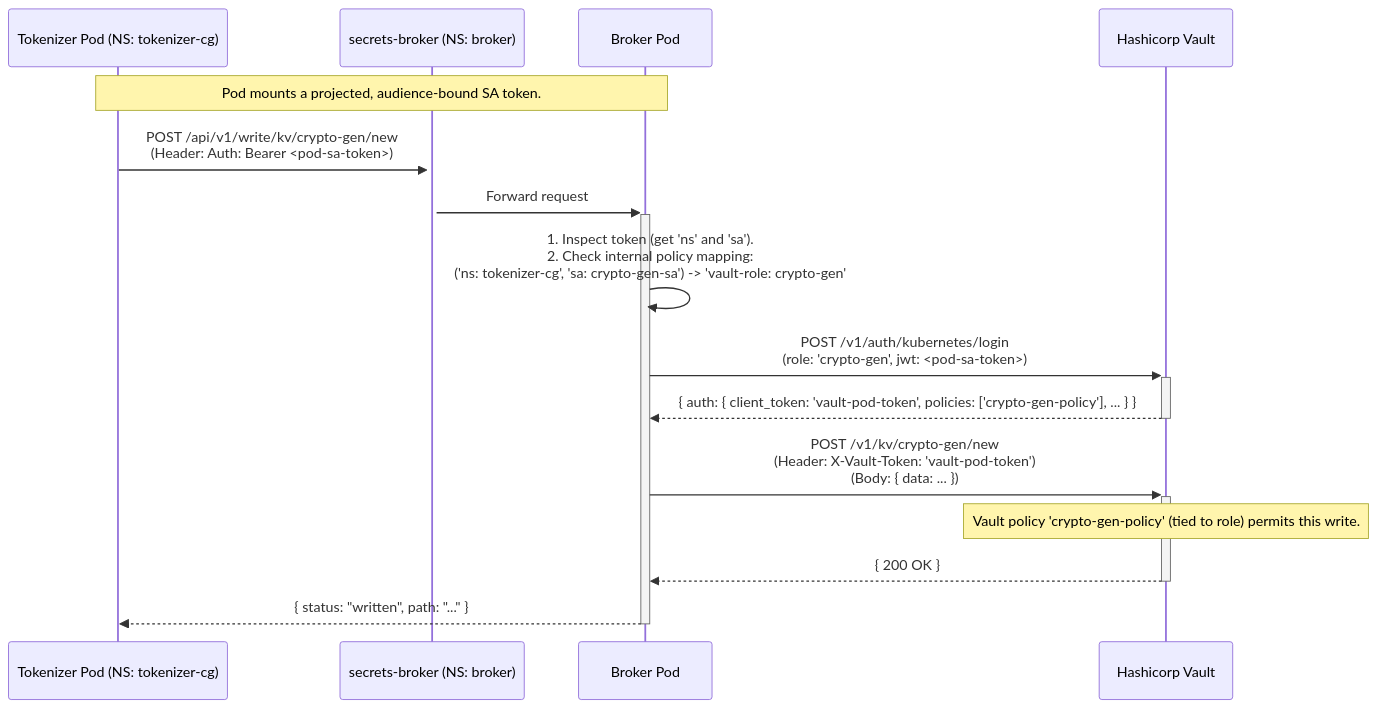
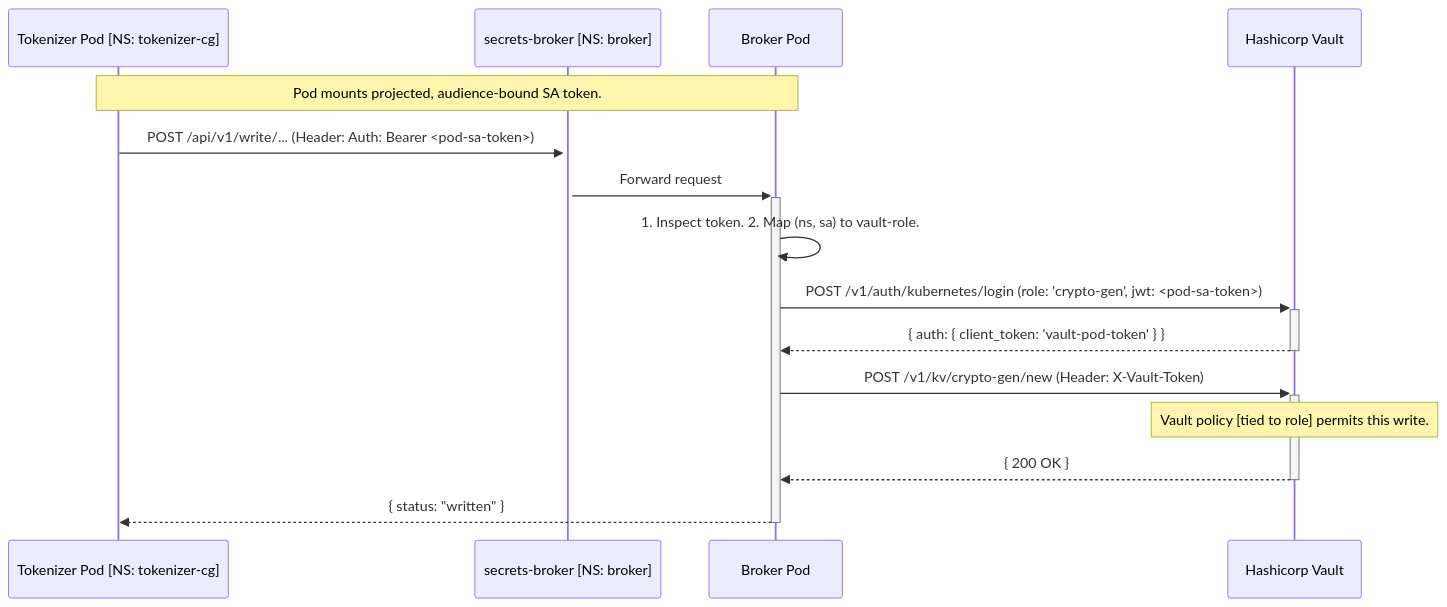
One commit to caretak3r/prompts changed the first of 3 diagrams in gemini/adr-ex.md. Above: the diagram before and after it, drawn with Mermaid. The commit also changed other lines of this file, not shown here.

First line of the commit message:
Refine diagrams and analysis in adr-ex.md

````diff
--- a/gemini/adr-ex.md
+++ b/gemini/adr-ex.md
@@ -37,24 +37,24 @@
 ```mermaid
 sequenceDiagram
-    participant Pod as Tokenizer Pod (NS: tokenizer-cg)
-    participant BrokerSvc as secrets-broker (NS: broker)
+    participant Pod as Tokenizer Pod [NS: tokenizer-cg]
+    participant BrokerSvc as secrets-broker [NS: broker]
     participant BrokerPod as Broker Pod
     participant Vault as Hashicorp Vault
 
-    Note over Pod,BrokerPod: Pod mounts a projected, audience-bound SA token.
+    Note over Pod,BrokerPod: Pod mounts projected, audience-bound SA token.
     
-    Pod->>+BrokerSvc: POST /api/v1/write/kv/crypto-gen/new<br/>(Header: Auth: Bearer <pod-sa-token>)
+    Pod->>+BrokerSvc: POST /api/v1/write/... (Header: Auth: Bearer <pod-sa-token>)
     BrokerSvc->>+BrokerPod: Forward request
     
-    BrokerPod->>BrokerPod: 1. Inspect token (get 'ns' and 'sa').<br/>2. Check internal policy mapping:<br/>('ns: tokenizer-cg', 'sa: crypto-gen-sa') -> 'vault-role: crypto-gen'
+    BrokerPod->>BrokerPod: 1. Inspect token. 2. Map (ns, sa) to vault-role.
     
-    BrokerPod->>+Vault: POST /v1/auth/kubernetes/login<br/>(role: 'crypto-gen', jwt: <pod-sa-token>)
-    Vault-->>-BrokerPod: { auth: { client_token: 'vault-pod-token', policies: ['crypto-gen-policy'], ... } }
+    BrokerPod->>+Vault: POST /v1/auth/kubernetes/login (role: 'crypto-gen', jwt: <pod-sa-token>)
+    Vault-->>-BrokerPod: { auth: { client_token: 'vault-pod-token' } }
     
-    BrokerPod->>+Vault: POST /v1/kv/crypto-gen/new<br/>(Header: X-Vault-Token: 'vault-pod-token')<br/>(Body: { data: ... })
+    BrokerPod->>+Vault: POST /v1/kv/crypto-gen/new (Header: X-Vault-Token)
     
-    Note over Vault: Vault policy 'crypto-gen-policy' (tied to role) permits this write.
+    Note over Vault: Vault policy [tied to role] permits this write.
     
     Vault-->>-BrokerPod: { 200 OK }
-    BrokerPod-->>-Pod: { status: "written", path: "..." }
+    BrokerPod-->>-Pod: { status: "written" }
 ```
````
